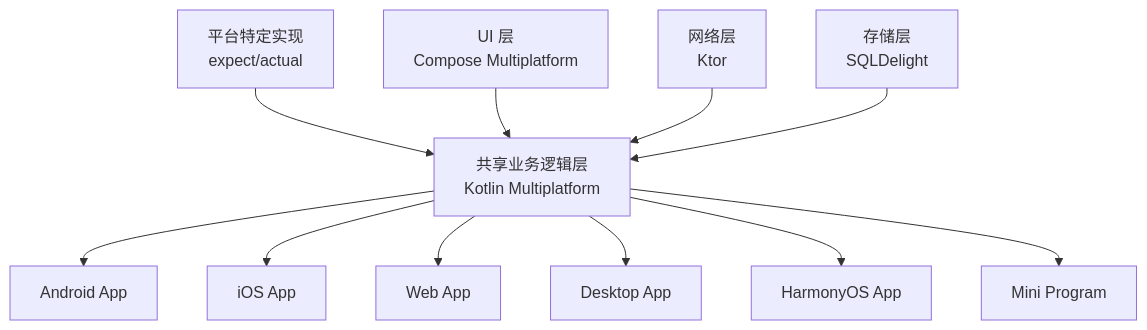
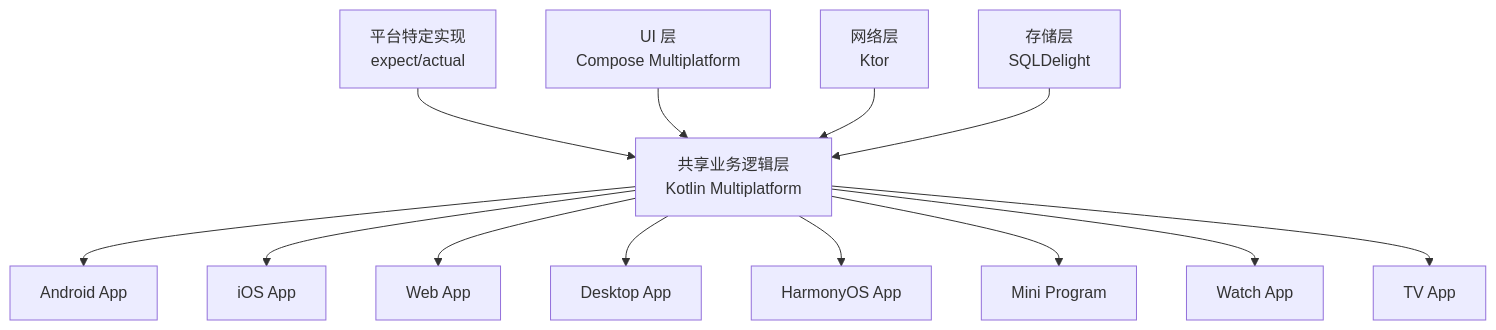
The diagram in docs/index.md (echo008/unify-core), drawn with Mermaid before and after one commit. The commit also changed other lines of this file and 103 other files, not shown here.

````diff
--- a/docs/index.md
+++ b/docs/index.md
@@ -67,14 +67,16 @@
 ```mermaid
 graph TB
     A[共享业务逻辑层<br/>Kotlin Multiplatform] --> B[Android App]
     A --> C[iOS App]
     A --> D[Web App]
     A --> E[Desktop App]
     A --> F[HarmonyOS App]
     A --> G[Mini Program]
+    A --> H[Watch App]
+    A --> I[TV App]
     
-    H[平台特定实现<br/>expect/actual] --> A
-    I[UI 层<br/>Compose Multiplatform] --> A
-    J[网络层<br/>Ktor] --> A
-    K[存储层<br/>SQLDelight] --> A
+    J[平台特定实现<br/>expect/actual] --> A
+    K[UI 层<br/>Compose Multiplatform] --> A
+    L[网络层<br/>Ktor] --> A
+    M[存储层<br/>SQLDelight] --> A
 ```
````
